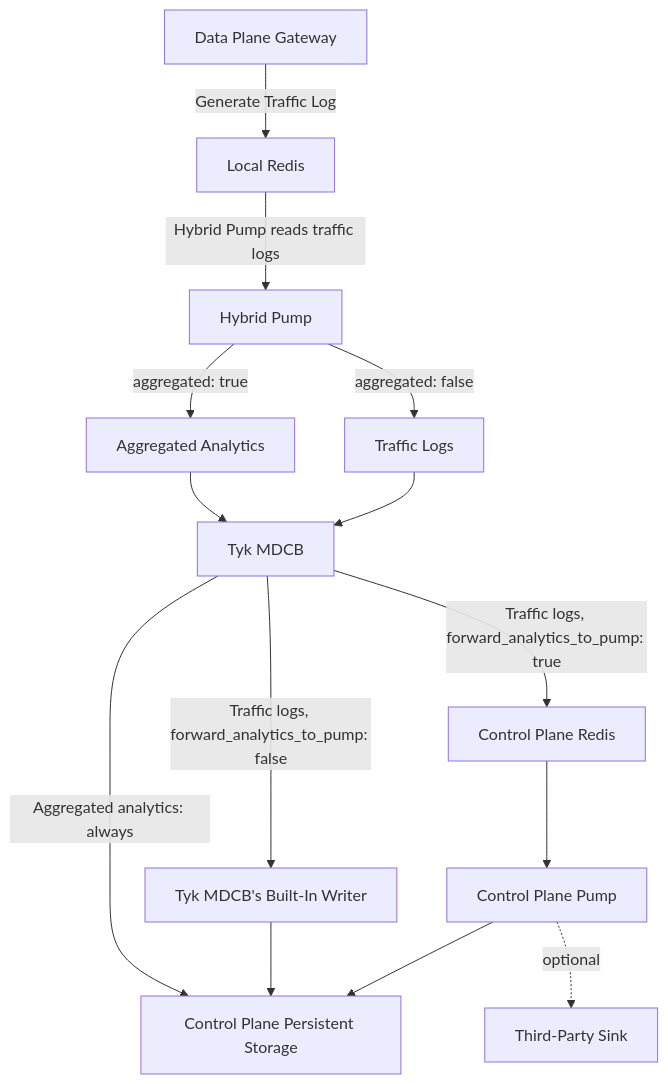
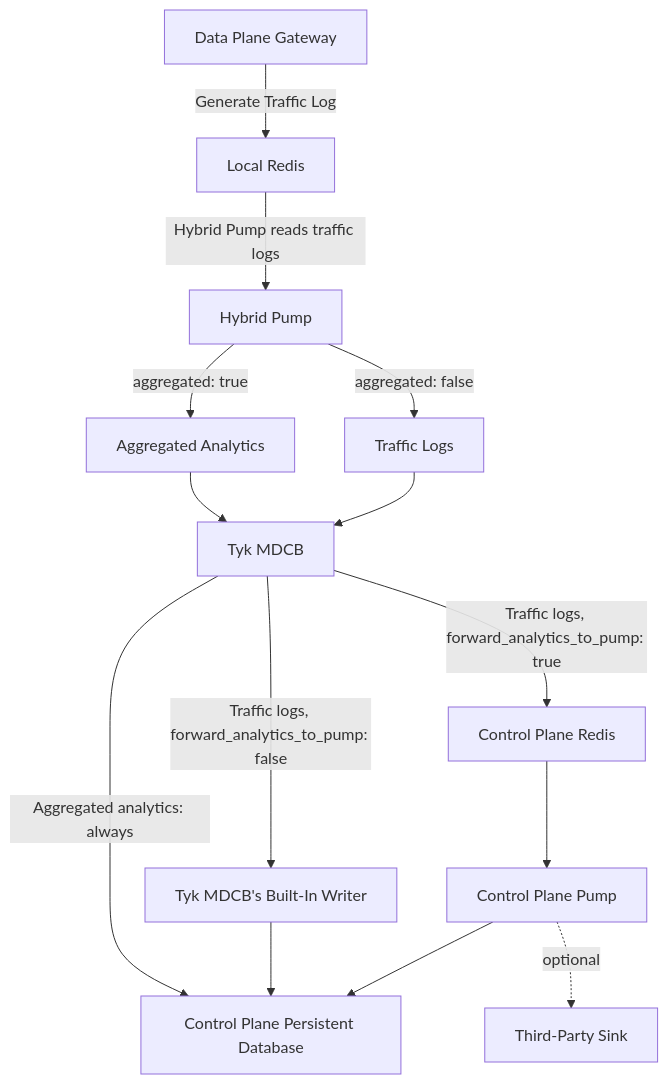
One commit to TykTechnologies/tyk-docs changed the diagram in api-management/dashboard-analytics/data-plane-pump.mdx. Above: the diagram before and after it, drawn with Mermaid. The commit also changed other lines of this file and 36 other files, not shown here.

````diff
--- a/api-management/dashboard-analytics/data-plane-pump.mdx
+++ b/api-management/dashboard-analytics/data-plane-pump.mdx
@@ -10,16 +10,16 @@
 ```mermaid
 graph TD
     G[Data Plane Gateway] -->|Generate Traffic Log| R[Local Redis]
     R -->|Hybrid Pump reads traffic logs| H[Hybrid Pump]
     H -->|aggregated: true| AG[Aggregated Analytics]
     H -->|aggregated: false| TL[Traffic Logs]
     AG --> MDCB[Tyk MDCB]
     TL --> MDCB
-    MDCB -->|Aggregated analytics: always| E[Control Plane Persistent Storage]
+    MDCB -->|Aggregated analytics: always| E[Control Plane Persistent Database]
     MDCB -->|Traffic logs, forward_analytics_to_pump: false| W[Tyk MDCB's Built-In Writer]
     W --> E
     MDCB -->|Traffic logs, forward_analytics_to_pump: true| Q[Control Plane Redis]
     Q --> C[Control Plane Pump]
     C --> E
     C -.->|optional| S[Third-Party Sink]
 ```
````
